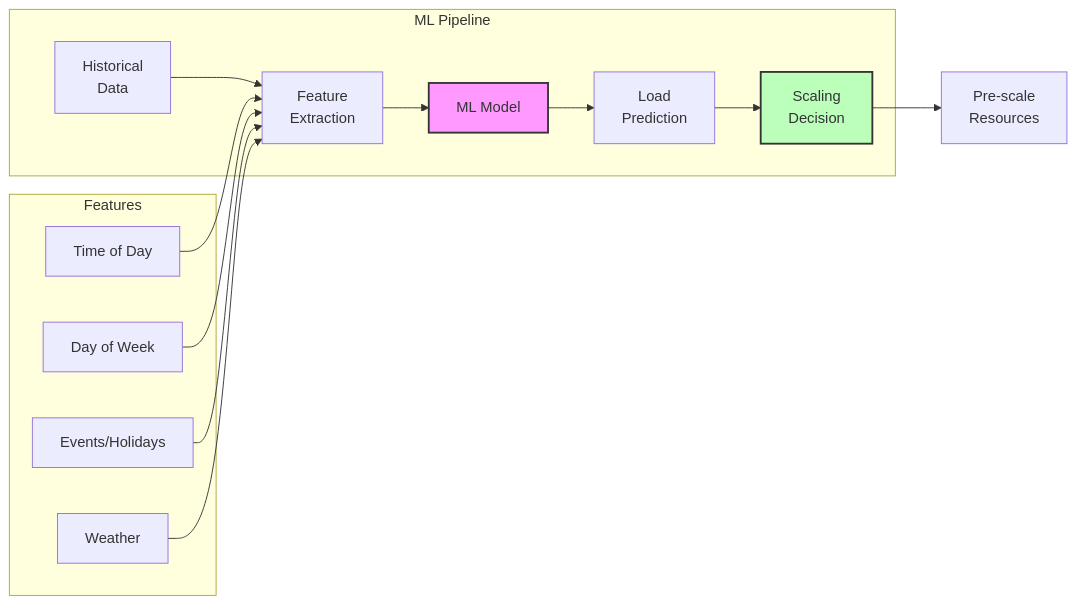
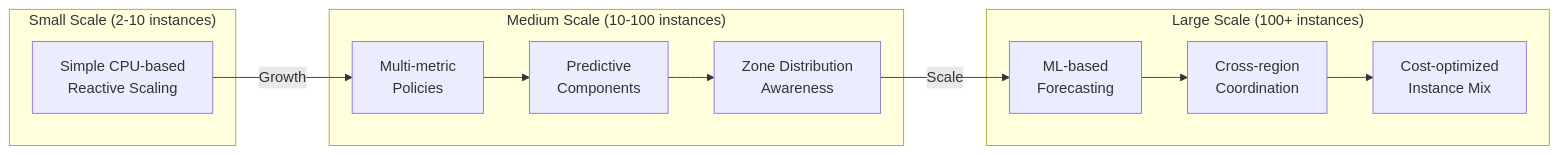
The fourth of 6 diagrams in docs/pattern-library/scaling/auto-scaling.md (deepaucksharma/DStudio), drawn with Mermaid before and after one commit. The commit also changed other lines of this file and 23 other files, not shown here.

````diff
--- a/docs/pattern-library/scaling/auto-scaling.md
+++ b/docs/pattern-library/scaling/auto-scaling.md
@@ -134,23 +233,25 @@
 ```mermaid
 graph LR
-    subgraph "ML Pipeline"
-        H[Historical<br/>Data] --> F[Feature<br/>Extraction]
-        F --> M[ML Model]
-        M --> P[Load<br/>Prediction]
-        P --> S[Scaling<br/>Decision]
+    subgraph "Small Scale (2-10 instances)"
+        A1[Simple CPU-based<br/>Reactive Scaling]
     end
     
-    subgraph "Features"
-        T[Time of Day]
-        D[Day of Week]
-        E[Events/Holidays]
-        W[Weather]
+    subgraph "Medium Scale (10-100 instances)"
+        B1[Multi-metric<br/>Policies]
+        B2[Predictive<br/>Components]
+        B3[Zone Distribution<br/>Awareness]
+        B1 --> B2
+        B2 --> B3
     end
     
-    T & D & E & W --> F
+    subgraph "Large Scale (100+ instances)"
+        C1[ML-based<br/>Forecasting]
+        C2[Cross-region<br/>Coordination]
+        C3[Cost-optimized<br/>Instance Mix]
+        C1 --> C2
+        C2 --> C3
+    end
     
-    S --> PRE[Pre-scale<br/>Resources]
-    
-    style M fill:#f9f,stroke:#333,stroke-width:2px
-    style S fill:#bfb,stroke:#333,stroke-width:2px
+    A1 -->|Growth| B1
+    B3 -->|Scale| C1
 ```
````
